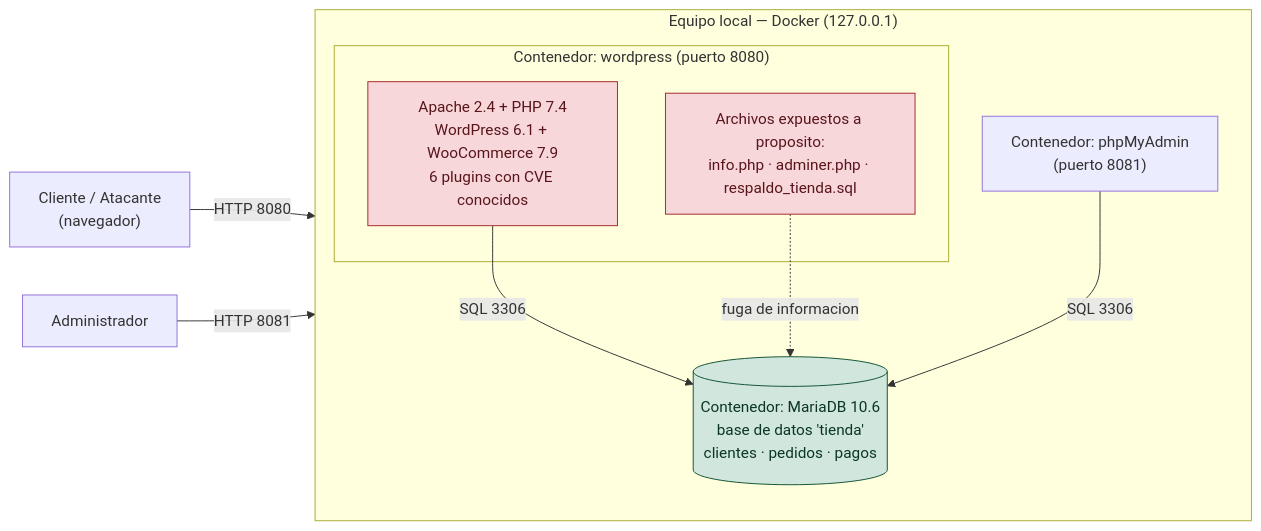
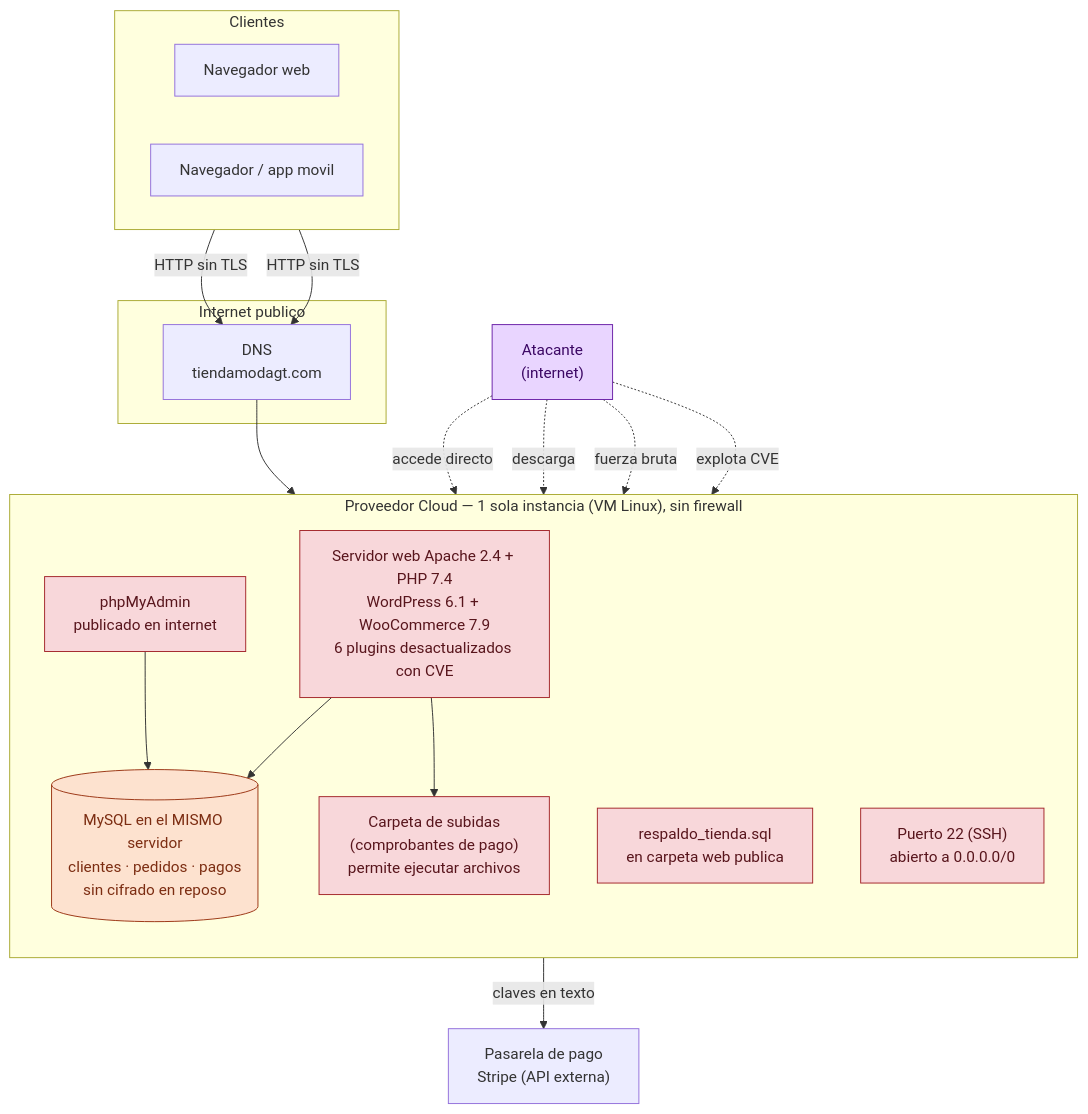
The first of 2 diagrams in ARQUITECTURA.md (JavierNavas/tienda-moda-gt), drawn with Mermaid before and after one commit. The commit also changed other lines of this file and 1 other file, not shown here.

Commit message:
Mejora los diagramas: arquitectura de produccion as-is detallada y rediseno seguro con subredes, IAM, KMS y SIEM

````diff
--- a/ARQUITECTURA.md
+++ b/ARQUITECTURA.md
@@ -38,26 +40,45 @@
 ```mermaid
-flowchart LR
-    U["Cliente / Atacante<br/>(navegador)"]
-    A["Administrador"]
-
-    subgraph HOST["Equipo local — Docker (127.0.0.1)"]
-        direction TB
-        subgraph WPC["Contenedor: wordpress (puerto 8080)"]
-            WP["Apache 2.4 + PHP 7.4<br/>WordPress 6.1 + WooCommerce 7.9<br/>6 plugins con CVE conocidos"]
-            EXP["Archivos expuestos a proposito:<br/>info.php · adminer.php · respaldo_tienda.sql"]
-        end
-        PMA["Contenedor: phpMyAdmin<br/>(puerto 8081)"]
-        DB[("Contenedor: MariaDB 10.6<br/>base de datos 'tienda'<br/>clientes · pedidos · pagos")]
+flowchart TB
+    subgraph CLIENTES["Clientes"]
+        direction LR
+        WEB["Navegador web"]
+        MOV["Navegador / app movil"]
     end
 
-    U -->|"HTTP 8080"| WP
-    A -->|"HTTP 8081"| PMA
-    WP -->|"SQL 3306"| DB
-    PMA -->|"SQL 3306"| DB
-    EXP -.->|"fuga de informacion"| DB
+    ATK["Atacante<br/>(internet)"]
 
-    classDef vuln fill:#f8d7da,stroke:#a3262a,color:#58151c;
-    classDef db fill:#d1e7dd,stroke:#0f5132,color:#0a3622;
-    class WP,EXP vuln;
+    subgraph INET["Internet publico"]
+        DNS["DNS<br/>tiendamodagt.com"]
+    end
+
+    subgraph CLOUD["Proveedor Cloud — 1 sola instancia (VM Linux), sin firewall"]
+        direction TB
+        APA["Servidor web Apache 2.4 + PHP 7.4<br/>WordPress 6.1 + WooCommerce 7.9<br/>6 plugins desactualizados con CVE"]
+        UPL["Carpeta de subidas<br/>(comprobantes de pago)<br/>permite ejecutar archivos"]
+        PMA["phpMyAdmin<br/>publicado en internet"]
+        BK["respaldo_tienda.sql<br/>en carpeta web publica"]
+        SSH["Puerto 22 (SSH)<br/>abierto a 0.0.0.0/0"]
+        DB[("MySQL en el MISMO servidor<br/>clientes · pedidos · pagos<br/>sin cifrado en reposo")]
+    end
+
+    PAY["Pasarela de pago<br/>Stripe (API externa)"]
+
+    WEB -->|"HTTP sin TLS"| DNS
+    MOV -->|"HTTP sin TLS"| DNS
+    DNS --> APA
+    APA --> DB
+    APA --> UPL
+    APA -->|"claves en texto"| PAY
+    PMA --> DB
+    ATK -.->|"accede directo"| PMA
+    ATK -.->|"descarga"| BK
+    ATK -.->|"fuerza bruta"| SSH
+    ATK -.->|"explota CVE"| APA
+
+    classDef bad fill:#f8d7da,stroke:#a3262a,color:#58151c;
+    classDef db fill:#fde2cf,stroke:#9a3412,color:#7c2d12;
+    classDef atk fill:#e9d5ff,stroke:#6b21a8,color:#3b0764;
+    class APA,UPL,PMA,BK,SSH bad;
     class DB db;
+    class ATK atk;
 ```
````
